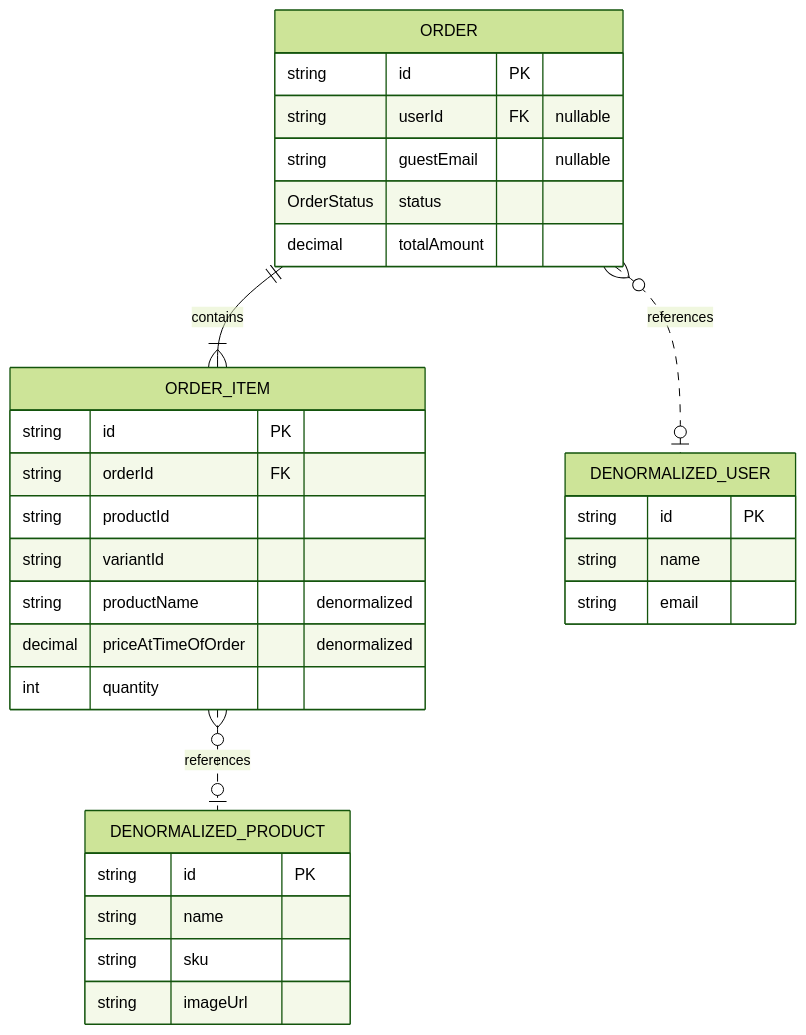
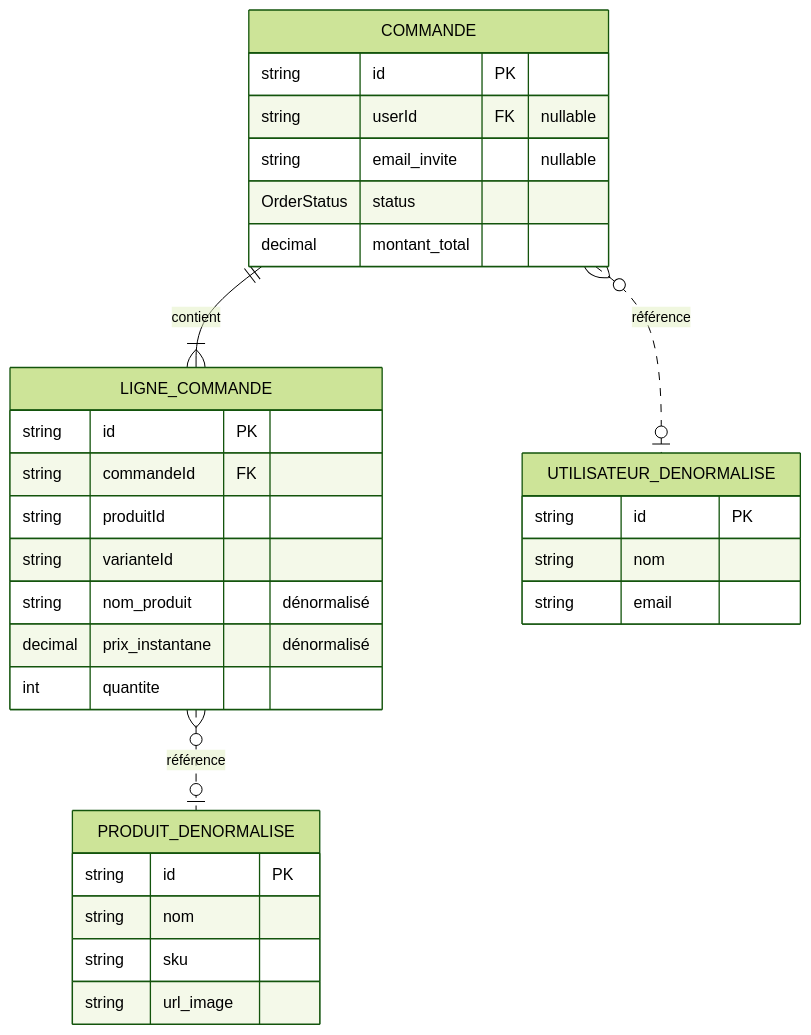
Before and after one commit to HarcheSamir/esisba-lirmm-ecommerce: the fourth of 10 diagrams in MVP.md, drawn with Mermaid (forest theme). The commit also changed other lines of this file, not shown here.

````diff
--- a/MVP.md
+++ b/MVP.md
@@ -392,34 +396,34 @@
     ```mermaid
     erDiagram
-        ORDER {
+        COMMANDE {
             string id PK
             string userId FK "nullable"
-            string guestEmail "nullable"
+            string email_invite "nullable"
             OrderStatus status
-            decimal totalAmount
+            decimal montant_total
         }
-        ORDER_ITEM {
+        LIGNE_COMMANDE {
             string id PK
-            string orderId FK
-            string productId
-            string variantId
-            string productName "denormalized"
-            decimal priceAtTimeOfOrder "denormalized"
-            int quantity
+            string commandeId FK
+            string produitId
+            string varianteId
+            string nom_produit "dénormalisé"
+            decimal prix_instantane "dénormalisé"
+            int quantite
         }
-        DENORMALIZED_PRODUCT {
+        PRODUIT_DENORMALISE {
             string id PK
-            string name
+            string nom
             string sku
-            string imageUrl
+            string url_image
         }
-        DENORMALIZED_USER {
+        UTILISATEUR_DENORMALISE {
             string id PK
-            string name
+            string nom
             string email
         }
 
-        ORDER ||--|{ ORDER_ITEM : "contains"
-        ORDER }o..o| DENORMALIZED_USER : "references"
-        ORDER_ITEM }o..o| DENORMALIZED_PRODUCT : "references"
+        COMMANDE ||--|{ LIGNE_COMMANDE : "contient"
+        COMMANDE }o..o| UTILISATEUR_DENORMALISE : "référence"
+        LIGNE_COMMANDE }o..o| PRODUIT_DENORMALISE : "référence"
     ```
````
